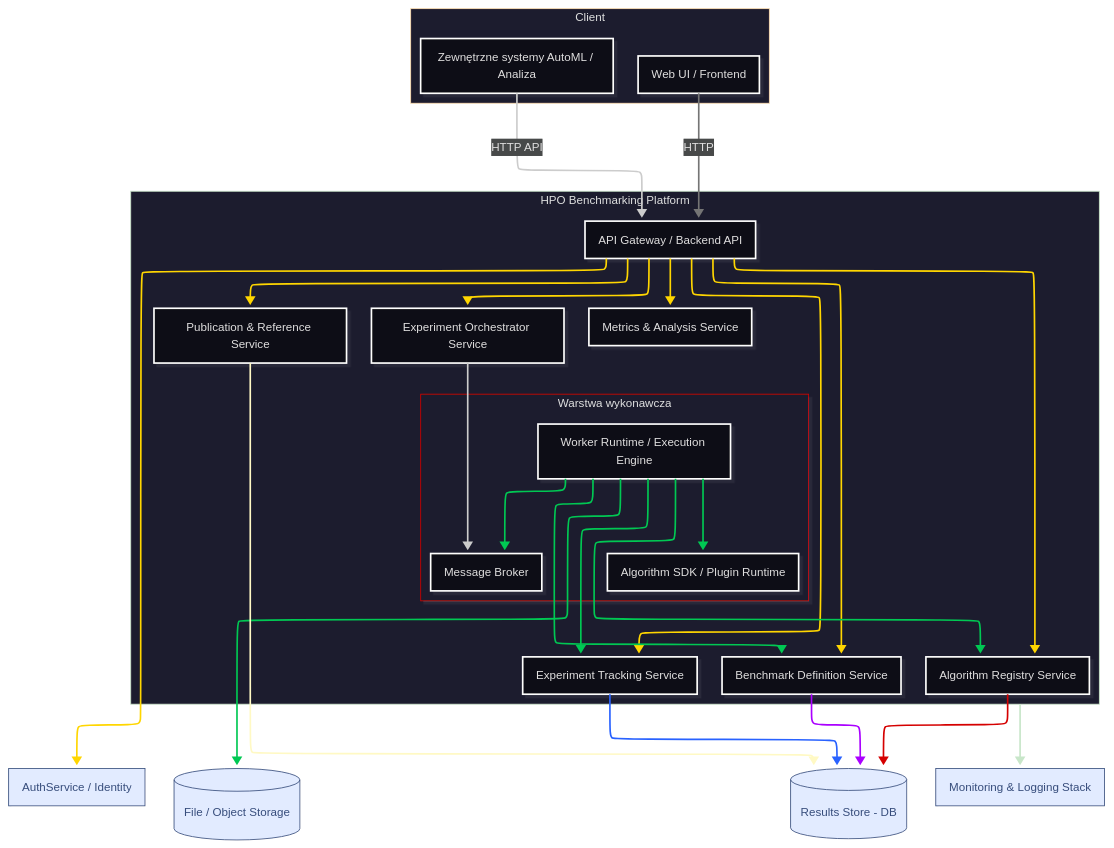
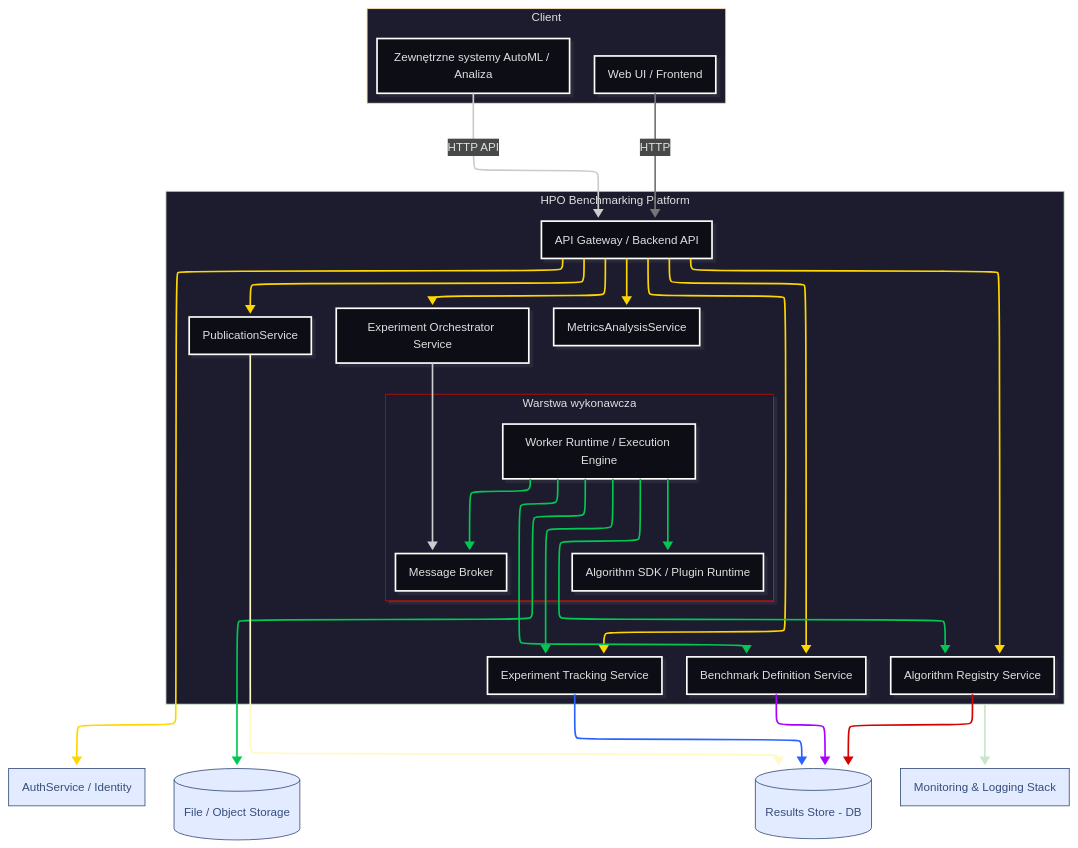
Before and after one commit to jedrzejpolaczek/aviarium.corvidae.corvus_corone: the second of 35 diagrams in docs/system_c4_architecture.md, drawn with Mermaid. The commit also changed other lines of this file, not shown here.

````diff
--- a/docs/system_c4_architecture.md
+++ b/docs/system_c4_architecture.md
@@ -134,65 +134,65 @@
 ```mermaid
 ---
 config:
   look: neo
   layout: elk
   theme: redux-dark
 ---
 flowchart TB
  subgraph Client["Client"]
         UI["Web UI / Frontend"]
         Ext["Zewnętrzne systemy AutoML / Analiza"]
   end
  subgraph ExecLayer["Warstwa wykonawcza"]
         MB["Message Broker"]
         WORKER["Worker Runtime / Execution Engine"]
         PLUGIN["Algorithm SDK / Plugin Runtime"]
   end
  subgraph Core["HPO Benchmarking Platform"]
         APIGW["API Gateway / Backend API"]
         ORCH["Experiment Orchestrator Service"]
         TRK["Experiment Tracking Service"]
-        ANALYTICS["Metrics & Analysis Service"]
+        ANALYTICS["MetricsAnalysisService"]
         BENCH["Benchmark Definition Service"]
         ALGREG["Algorithm Registry Service"]
-        PUB["Publication & Reference Service"]
+        PUB["PublicationService"]
         ExecLayer
   end
     UI -- HTTP --> APIGW
     Ext -- HTTP API --> APIGW
     APIGW --> ORCH & TRK & ANALYTICS & BENCH & ALGREG & PUB & AUTH["AuthService / Identity"]
     ORCH --> MB
     WORKER --> MB & TRK & BENCH & ALGREG & OBJ[("File / Object Storage")] & PLUGIN
     TRK --> DB[("Results Store - DB")]
     BENCH --> DB
     ALGREG --> DB
     PUB --> DB
     Core --> MON["Monitoring & Logging Stack"]
      AUTH:::Sky
      OBJ:::Sky
      DB:::Sky
      MON:::Sky
     classDef Sky stroke-width:1px, stroke-dasharray:none, stroke:#374D7C, fill:#E2EBFF, color:#374D7C
     style ExecLayer stroke:#D50000
     style Core stroke:#C8E6C9
     style Client stroke:#FFE0B2
     linkStyle 0 stroke:#757575,fill:none
     linkStyle 2 stroke:#FFD600,fill:none
     linkStyle 3 stroke:#FFD600,fill:none
     linkStyle 4 stroke:#FFD600,fill:none
     linkStyle 5 stroke:#FFD600,fill:none
     linkStyle 6 stroke:#FFD600,fill:none
     linkStyle 7 stroke:#FFD600,fill:none
     linkStyle 8 stroke:#FFD600,fill:none
     linkStyle 10 stroke:#00C853,fill:none
     linkStyle 11 stroke:#00C853,fill:none
     linkStyle 12 stroke:#00C853,fill:none
     linkStyle 13 stroke:#00C853,fill:none
     linkStyle 14 stroke:#00C853,fill:none
     linkStyle 15 stroke:#00C853,fill:none
     linkStyle 16 stroke:#2962FF,fill:none
     linkStyle 17 stroke:#AA00FF,fill:none
     linkStyle 18 stroke:#D50000,fill:none
     linkStyle 19 stroke:#FFF9C4,fill:none
     linkStyle 20 stroke:#C8E6C9
 ```
````
